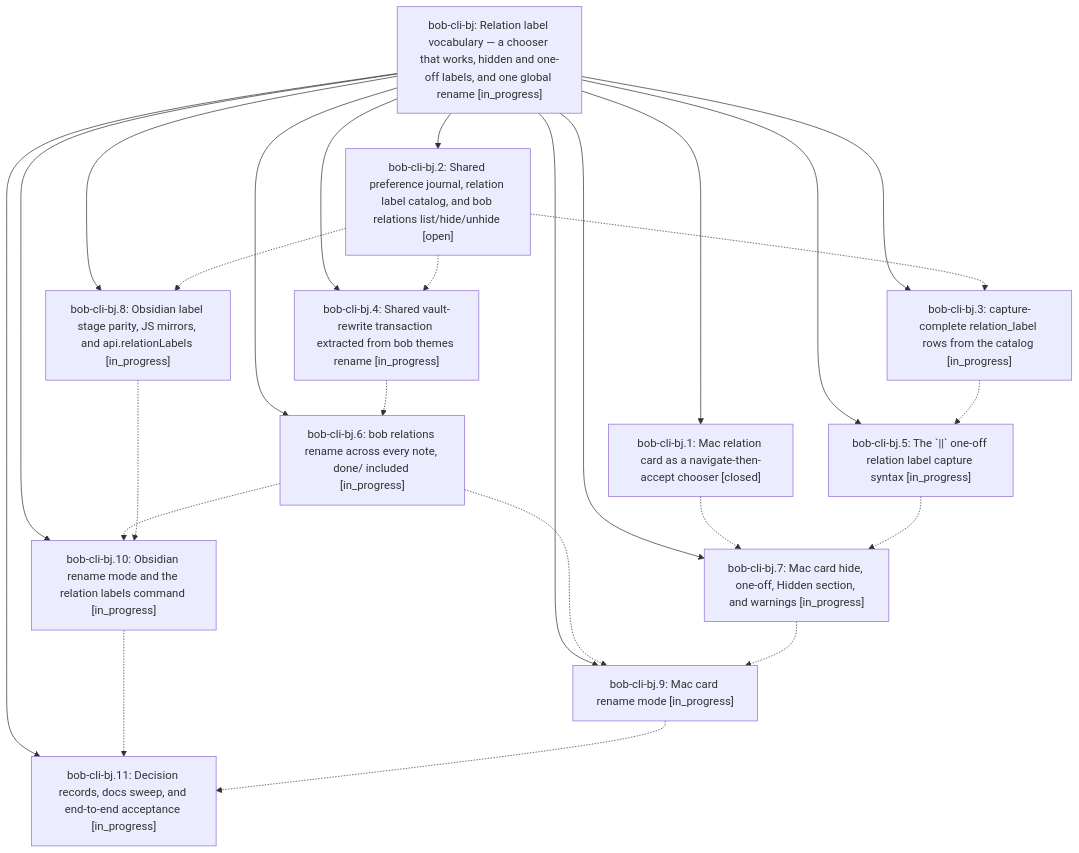
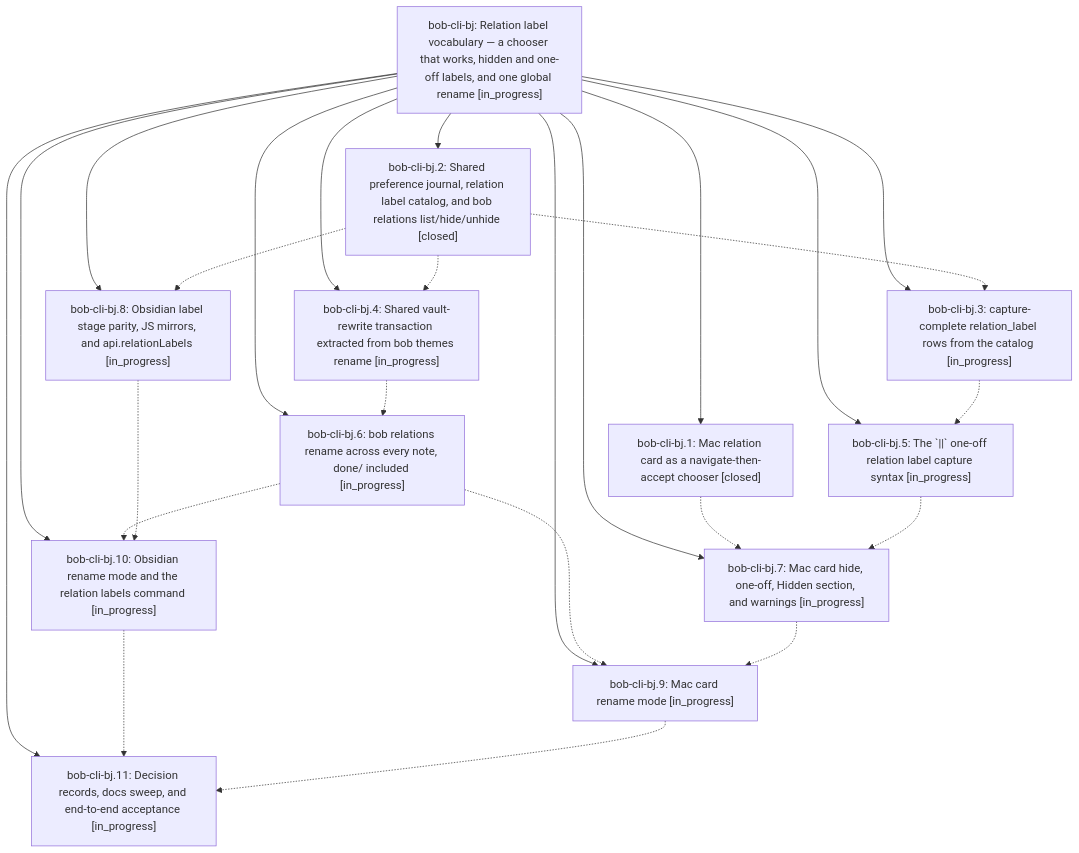
The diagram in pages/bob-cli-bj/README.md (bobs-org/bob-cli--beads), drawn with Mermaid before and after one commit. The commit also changed other lines of this file and 5 other files, not shown here.

First line of the commit message:
chore(beads): sync bead state and pages for bob-cli-bj

````diff
--- a/pages/bob-cli-bj/README.md
+++ b/pages/bob-cli-bj/README.md
@@ -44,39 +44,39 @@
 ```mermaid
 flowchart TD
     n0["bob-cli-bj: Relation label vocabulary — a chooser that works, hidden and one-off labels, and one global rename [in_progress]"]
     n1["bob-cli-bj.1: Mac relation card as a navigate-then-accept chooser [closed]"]
     n2["bob-cli-bj.10: Obsidian rename mode and the relation labels command [in_progress]"]
     n3["bob-cli-bj.11: Decision records, docs sweep, and end-to-end acceptance [in_progress]"]
-    n4["bob-cli-bj.2: Shared preference journal, relation label catalog, and bob relations list/hide/unhide [open]"]
+    n4["bob-cli-bj.2: Shared preference journal, relation label catalog, and bob relations list/hide/unhide [closed]"]
     n5["bob-cli-bj.3: capture-complete relation_label rows from the catalog [in_progress]"]
     n6["bob-cli-bj.4: Shared vault-rewrite transaction extracted from bob themes rename [in_progress]"]
     n7["bob-cli-bj.5: The `||` one-off relation label capture syntax [in_progress]"]
     n8["bob-cli-bj.6: bob relations rename across every note, done/ included [in_progress]"]
     n9["bob-cli-bj.7: Mac card hide, one-off, Hidden section, and warnings [in_progress]"]
     n10["bob-cli-bj.8: Obsidian label stage parity, JS mirrors, and api.relationLabels [in_progress]"]
     n11["bob-cli-bj.9: Mac card rename mode [in_progress]"]
     n0 --> n1
     n0 --> n2
     n0 --> n3
     n0 --> n4
     n0 --> n5
     n0 --> n6
     n0 --> n7
     n0 --> n8
     n0 --> n9
     n0 --> n10
     n0 --> n11
     n1 -.-> n9
     n2 -.-> n3
     n4 -.-> n5
     n4 -.-> n6
     n4 -.-> n10
     n5 -.-> n7
     n6 -.-> n8
     n7 -.-> n9
     n8 -.-> n2
     n8 -.-> n11
     n9 -.-> n11
     n10 -.-> n2
     n11 -.-> n3
 ```
````
